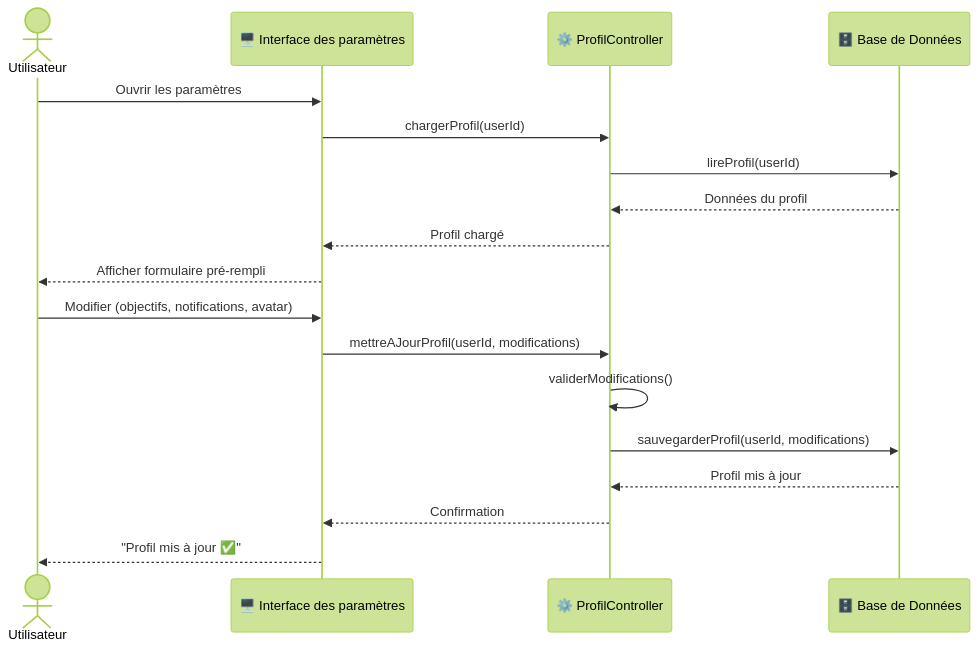
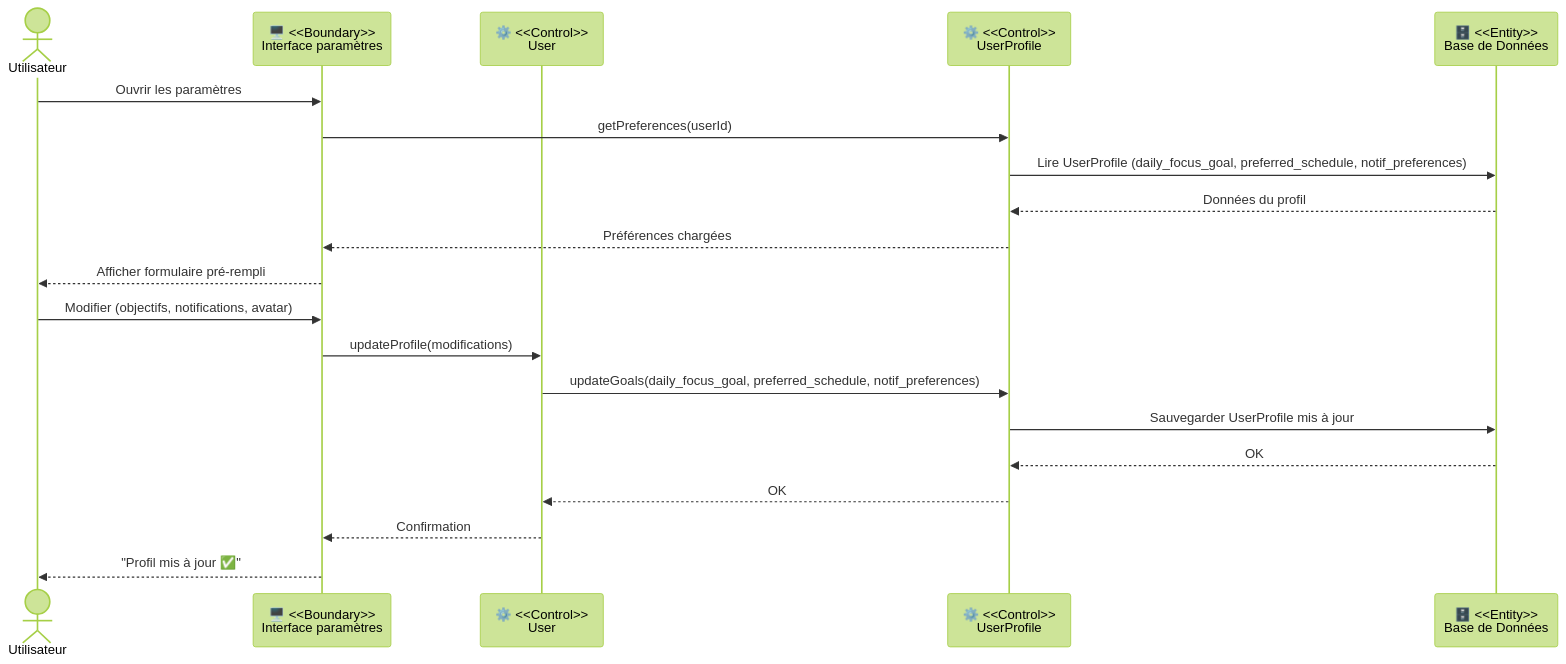
One commit to Jkacem/smart_focus changed the third of 20 diagrams in docs/Conception_DiagrammeSequence.md. Above: the diagram before and after it, drawn with Mermaid (forest theme). The commit also changed other lines of this file and 31 other files, not shown here.

````diff
--- a/docs/Conception_DiagrammeSequence.md
+++ b/docs/Conception_DiagrammeSequence.md
@@ -79,22 +82,24 @@
 ```mermaid
 sequenceDiagram
     actor Utilisateur
-    participant B as 🖥️ Interface des paramètres
-    participant C as ⚙️ ProfilController
-    participant E as 🗄️ Base de Données
+    participant B  as 🖥️ <<Boundary>><br/>Interface paramètres
+    participant U  as ⚙️ <<Control>><br/>User
+    participant UP as ⚙️ <<Control>><br/>UserProfile
+    participant E  as 🗄️ <<Entity>><br/>Base de Données
 
     Utilisateur->>B: Ouvrir les paramètres
-    B->>C: chargerProfil(userId)
-    C->>E: lireProfil(userId)
-    E-->>C: Données du profil
-    C-->>B: Profil chargé
+    B->>UP: getPreferences(userId)
+    UP->>E: Lire UserProfile (daily_focus_goal, preferred_schedule, notif_preferences)
+    E-->>UP: Données du profil
+    UP-->>B: Préférences chargées
     B-->>Utilisateur: Afficher formulaire pré-rempli
 
     Utilisateur->>B: Modifier (objectifs, notifications, avatar)
-    B->>C: mettreAJourProfil(userId, modifications)
-    C->>C: validerModifications()
-    C->>E: sauvegarderProfil(userId, modifications)
-    E-->>C: Profil mis à jour
-    C-->>B: Confirmation
+    B->>U: updateProfile(modifications)
+    U->>UP: updateGoals(daily_focus_goal, preferred_schedule, notif_preferences)
+    UP->>E: Sauvegarder UserProfile mis à jour
+    E-->>UP: OK
+    UP-->>U: OK
+    U-->>B: Confirmation
     B-->>Utilisateur: "Profil mis à jour ✅"
 ```
````
